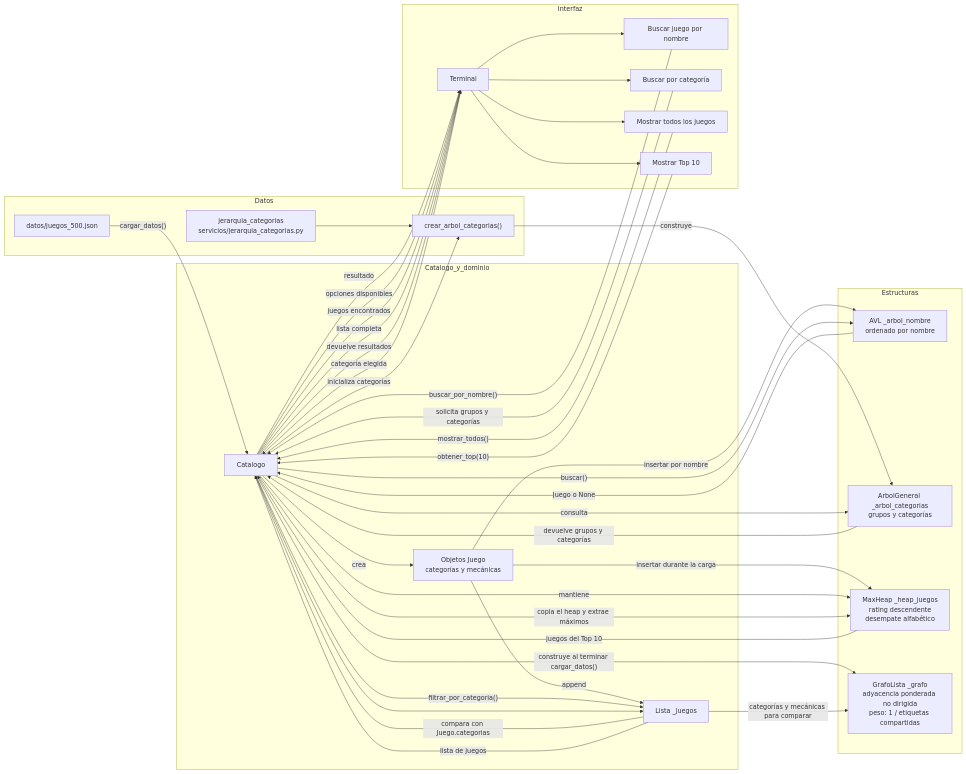
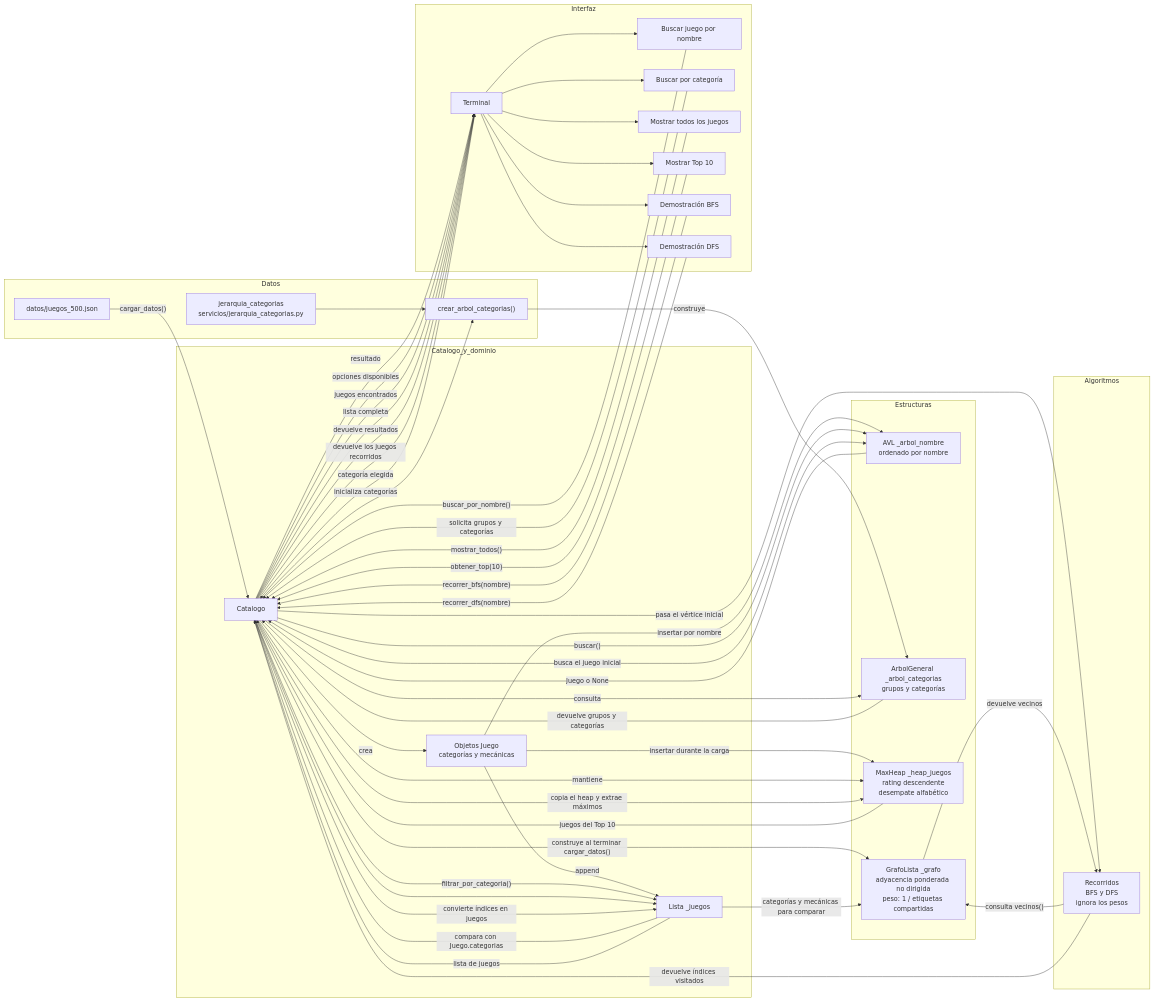
One commit to jonihauff/Matesydados changed the diagram in docs/04-diagrama-datos.md. Above: the diagram before and after it, drawn with Mermaid. The commit also changed 5 other files, not shown here.

````diff
--- a/docs/04-diagrama-datos.md
+++ b/docs/04-diagrama-datos.md
@@ -23,12 +23,18 @@
         GRAFO["GrafoLista _grafo<br/>adyacencia ponderada no dirigida<br/>peso: 1 / etiquetas compartidas"]
     end
 
+    subgraph Algoritmos
+        RECORRIDOS["Recorridos<br/>BFS y DFS<br/>ignora los pesos"]
+    end
+
     subgraph Interfaz
         TERMINAL["Terminal"]
         BUSCAR["Buscar juego por nombre"]
         CATEGORIAS["Buscar por categoría"]
         TODOS["Mostrar todos los juegos"]
         TOP["Mostrar Top 10"]
+        BFS["Demostración BFS"]
+        DFS["Demostración DFS"]
     end
 
     JSON -->|"cargar_datos()"| CAT
@@ -73,4 +79,18 @@
     HEAP -->|"juegos del Top 10"| CAT
     CAT -->|"devuelve resultados"| TERMINAL
 
+    TERMINAL --> BFS
+    TERMINAL --> DFS
+
+    BFS -->|"recorrer_bfs(nombre)"| CAT
+    DFS -->|"recorrer_dfs(nombre)"| CAT
+
+    CAT -->|"busca el juego inicial"| AVL
+    CAT -->|"pasa el vértice inicial"| RECORRIDOS
+    RECORRIDOS -->|"consulta vecinos()"| GRAFO
+    GRAFO -->|"devuelve vecinos"| RECORRIDOS
+    RECORRIDOS -->|"devuelve índices visitados"| CAT
+    CAT -->|"convierte índices en juegos"| LISTA
+    CAT -->|"devuelve los juegos recorridos"| TERMINAL
+
 ```
````
